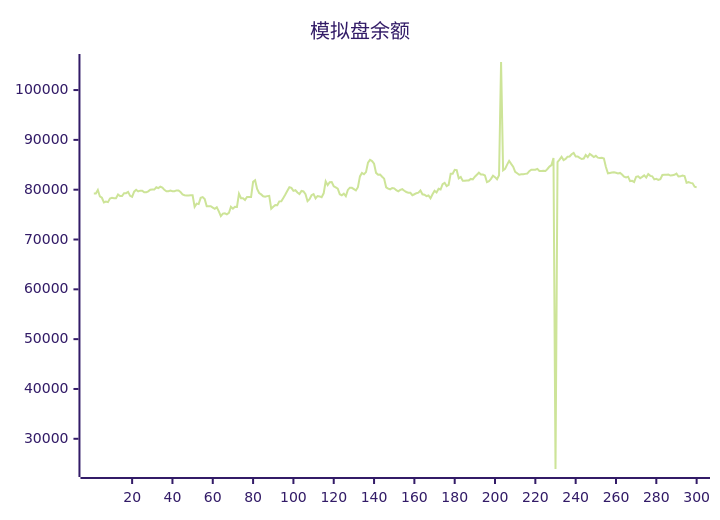
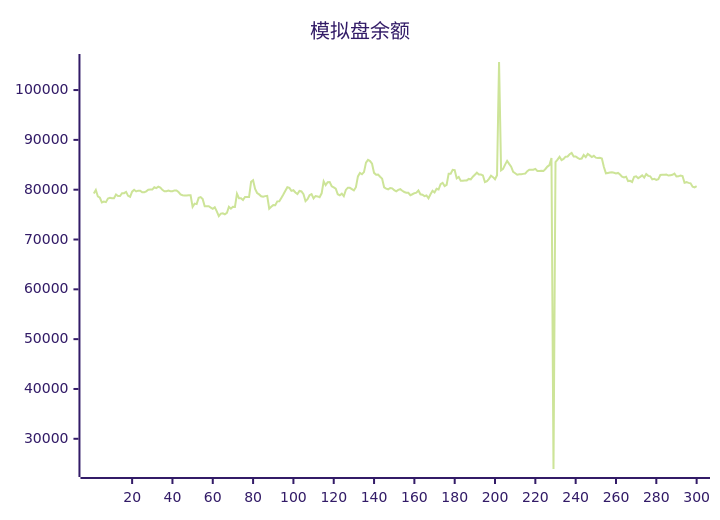
One commit to aahl/ai-trading changed the diagram in README.md. Above: the diagram before and after it, drawn with Mermaid (forest theme). The commit also changed other lines of this file and 1 other file, not shown here.

````diff
--- a/README.md
+++ b/README.md
@@ -5,5 +5,5 @@
 ```mermaid
 xychart
     title "模拟盘余额"
-    line [79212,79222,79940,78643,78380,77432,77623,77504,78235,78358,78284,78277,79048,78714,78714,79290,79308,79567,78763,78563,79603,79988,79652,79813,79813,79476,79469,79673,79995,80015,80015,80486,80314,80600,80436,79966,79689,79689,79819,79692,79692,79850,79850,79518,79071,78889,78850,78850,78878,78878,76554,77202,77103,78357,78510,78106,76678,76677,76672,76411,76159,76485,75656,74695,75197,75246,75052,75334,76564,76179,76553,76551,79196,78300,78300,77944,78531,78531,78521,81564,81884,80160,79335,79055,78675,78580,78708,78764,76179,76586,76902,76876,77658,77669,78346,79023,79769,80497,80366,79761,79896,79448,79126,79749,79658,79097,77695,78114,78888,79126,78249,78738,78653,78478,79271,81680,80923,81488,81527,80681,80455,80190,79084,78879,79193,78686,79954,80403,80374,80118,79848,80491,82665,83351,83098,83525,85430,85983,85737,85221,83378,83014,83043,82613,82216,80477,80208,80081,80348,80277,79894,79670,79965,80093,79786,79542,79406,79371,78893,79087,79304,79406,79841,79072,78978,78696,78846,78272,79085,79787,79442,80198,80031,81120,81379,80718,80985,83214,83212,83993,83921,82270,82547,81776,81776,81866,81866,82158,82061,82596,83000,83408,83041,83050,82858,81503,81691,82188,82812,82517,82092,82901,105633,83898,84180,85030,85781,85178,84604,83569,83298,83008,83093,83107,83175,83228,83729,84025,84017,84019,84177,83775,83762,83785,83738,84160,84639,84939,86370,23934,85548,86046,86599,85942,86161,86622,86664,87115,87369,86666,86685,86384,86152,86243,86969,86548,87164,86885,86566,86809,86427,86348,86417,86273,84538,83299,83369,83430,83490,83404,83270,83362,83056,82605,82459,82614,81734,81788,81551,82598,82702,82320,82580,82878,82426,83139,82778,82686,82056,82166,81963,82110,82951,82983,82984,83038,82838,82915,82998,83235,82642,82682,82858,82746,81396,81512,81362,81277,80600,80461]
+    line [79222,79940,78643,78380,77432,77623,77504,78235,78358,78284,78277,79048,78714,78714,79290,79308,79567,78763,78563,79603,79988,79652,79813,79813,79476,79469,79673,79995,80015,80015,80486,80314,80600,80436,79966,79689,79689,79819,79692,79692,79850,79850,79518,79071,78889,78850,78850,78878,78878,76554,77202,77103,78357,78510,78106,76678,76677,76672,76411,76159,76485,75656,74695,75197,75246,75052,75334,76564,76179,76553,76551,79196,78300,78300,77944,78531,78531,78521,81564,81884,80160,79335,79055,78675,78580,78708,78764,76179,76586,76902,76876,77658,77669,78346,79023,79769,80497,80366,79761,79896,79448,79126,79749,79658,79097,77695,78114,78888,79126,78249,78738,78653,78478,79271,81680,80923,81488,81527,80681,80455,80190,79084,78879,79193,78686,79954,80403,80374,80118,79848,80491,82665,83351,83098,83525,85430,85983,85737,85221,83378,83014,83043,82613,82216,80477,80208,80081,80348,80277,79894,79670,79965,80093,79786,79542,79406,79371,78893,79087,79304,79406,79841,79072,78978,78696,78846,78272,79085,79787,79442,80198,80031,81120,81379,80718,80985,83214,83212,83993,83921,82270,82547,81776,81776,81866,81866,82158,82061,82596,83000,83408,83041,83050,82858,81503,81691,82188,82812,82517,82092,82901,105633,83898,84180,85030,85781,85178,84604,83569,83298,83008,83093,83107,83175,83228,83729,84025,84017,84019,84177,83775,83762,83785,83738,84160,84639,84939,86370,23934,85548,86046,86599,85942,86161,86622,86664,87115,87369,86666,86685,86384,86152,86243,86969,86548,87164,86885,86566,86809,86427,86348,86417,86273,84538,83299,83369,83430,83490,83404,83270,83362,83056,82605,82459,82614,81734,81788,81551,82598,82702,82320,82580,82878,82426,83139,82778,82686,82056,82166,81963,82110,82951,82983,82984,83038,82838,82915,82998,83235,82642,82682,82858,82746,81396,81512,81362,81277,80600,80461,80699]
 ```
````
